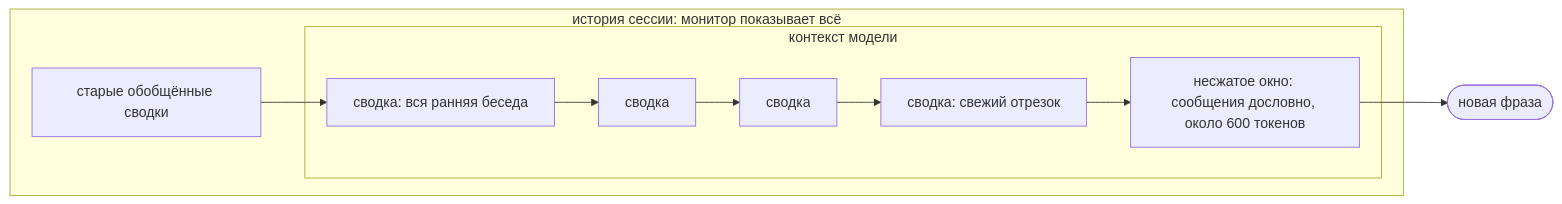
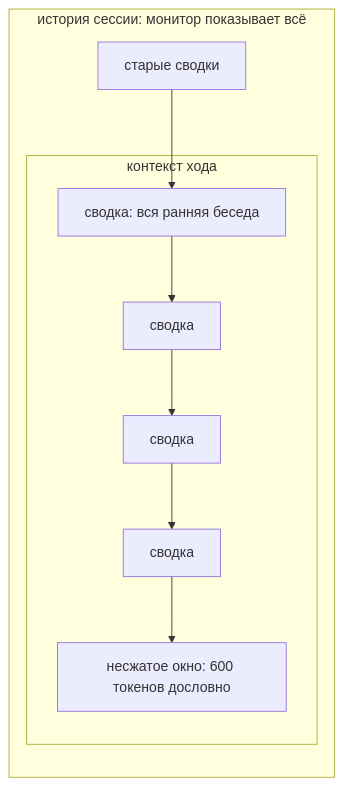
One commit to sawking-tech/sam-public changed the first of 3 diagrams in docs/architecture/compression.md. Above: the diagram before and after it, drawn with Mermaid. The commit also changed other lines of this file, not shown here.

````diff
--- a/docs/architecture/compression.md
+++ b/docs/architecture/compression.md
@@ -57,12 +15,11 @@
 ```mermaid
 flowchart LR
     subgraph HIST["история сессии: монитор показывает всё"]
-        OLD["старые обобщённые сводки"]
-        subgraph CTX["контекст модели"]
-            S4["сводка: вся ранняя беседа"] --> S3["сводка"] --> S2["сводка"] --> S1["сводка: свежий отрезок"]
-            S1 --> R["несжатое окно: сообщения дословно, около 600 токенов"]
+        OLD["старые сводки"]
+        subgraph CTX["контекст хода"]
+            S4["сводка: вся ранняя беседа"] --> S3["сводка"] --> S2["сводка"] --> S1["сводка"]
+            S1 --> R["несжатое окно: 600 токенов дословно"]
         end
         OLD --> S4
     end
-    R --> P(["новая фраза"])
 ```
````
